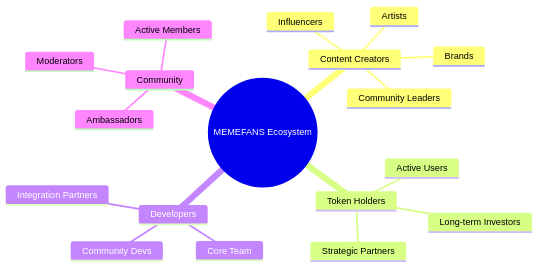
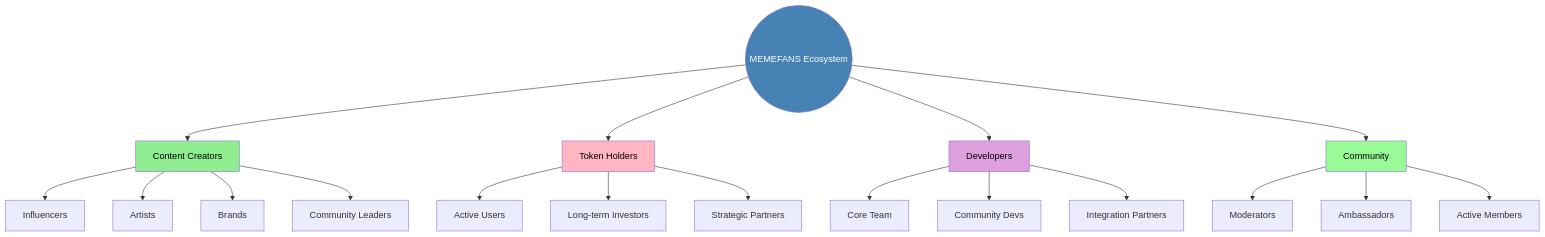
Before and after one commit to MEMEFANS/memefans: the first of 18 diagrams in docs/whitepaper/community-ecosystem.md, drawn with Mermaid. The commit also changed other lines of this file and 2 other files, not shown here.

Commit message:
fix: update mermaid diagrams to use standard graph TD format with improved styles

````diff
--- a/docs/whitepaper/community-ecosystem.md
+++ b/docs/whitepaper/community-ecosystem.md
@@ -5,21 +5,32 @@
 ```mermaid
-mindmap
-    root((MEMEFANS Ecosystem))
-        Content Creators
-            Influencers
-            Artists
-            Brands
-            Community Leaders
-        Token Holders
-            Active Users
-            Long-term Investors
-            Strategic Partners
-        Developers
-            Core Team
-            Community Devs
-            Integration Partners
-        Community
-            Moderators
-            Ambassadors
-            Active Members
+graph TD
+    ME((MEMEFANS Ecosystem))
+    
+    ME --> CC[Content Creators]
+    ME --> TH[Token Holders]
+    ME --> DV[Developers]
+    ME --> CM[Community]
+    
+    CC --> IN[Influencers]
+    CC --> AR[Artists]
+    CC --> BR[Brands]
+    CC --> CL[Community Leaders]
+    
+    TH --> AU[Active Users]
+    TH --> LI[Long-term Investors]
+    TH --> SP[Strategic Partners]
+    
+    DV --> CT[Core Team]
+    DV --> CD[Community Devs]
+    DV --> IP[Integration Partners]
+    
+    CM --> MO[Moderators]
+    CM --> AB[Ambassadors]
+    CM --> AM[Active Members]
+    
+    style ME fill:#4682B4,color:#FFFFFF
+    style CC fill:#90EE90,color:#000000
+    style TH fill:#FFB6C1,color:#000000
+    style DV fill:#DDA0DD,color:#000000
+    style CM fill:#98FB98,color:#000000
 ```
````
